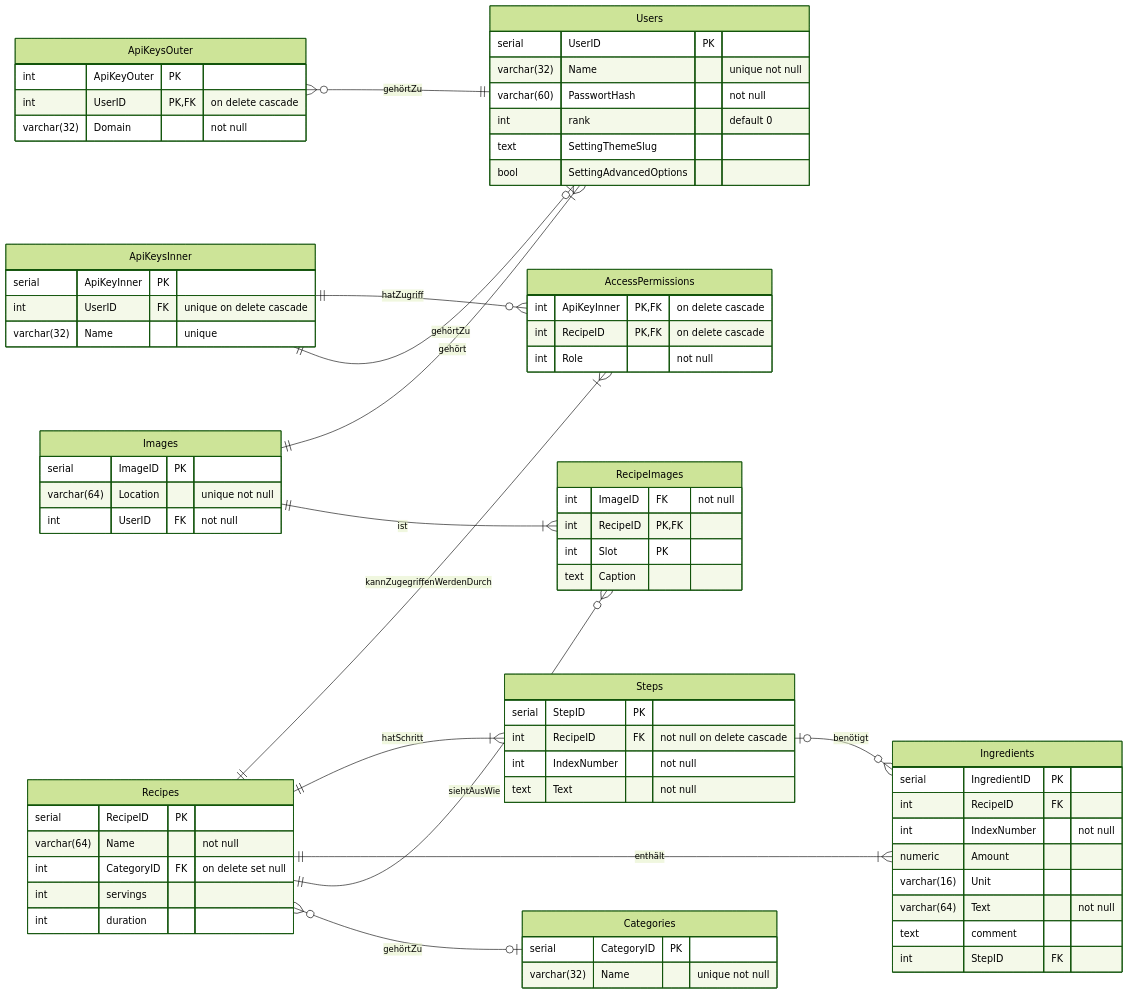
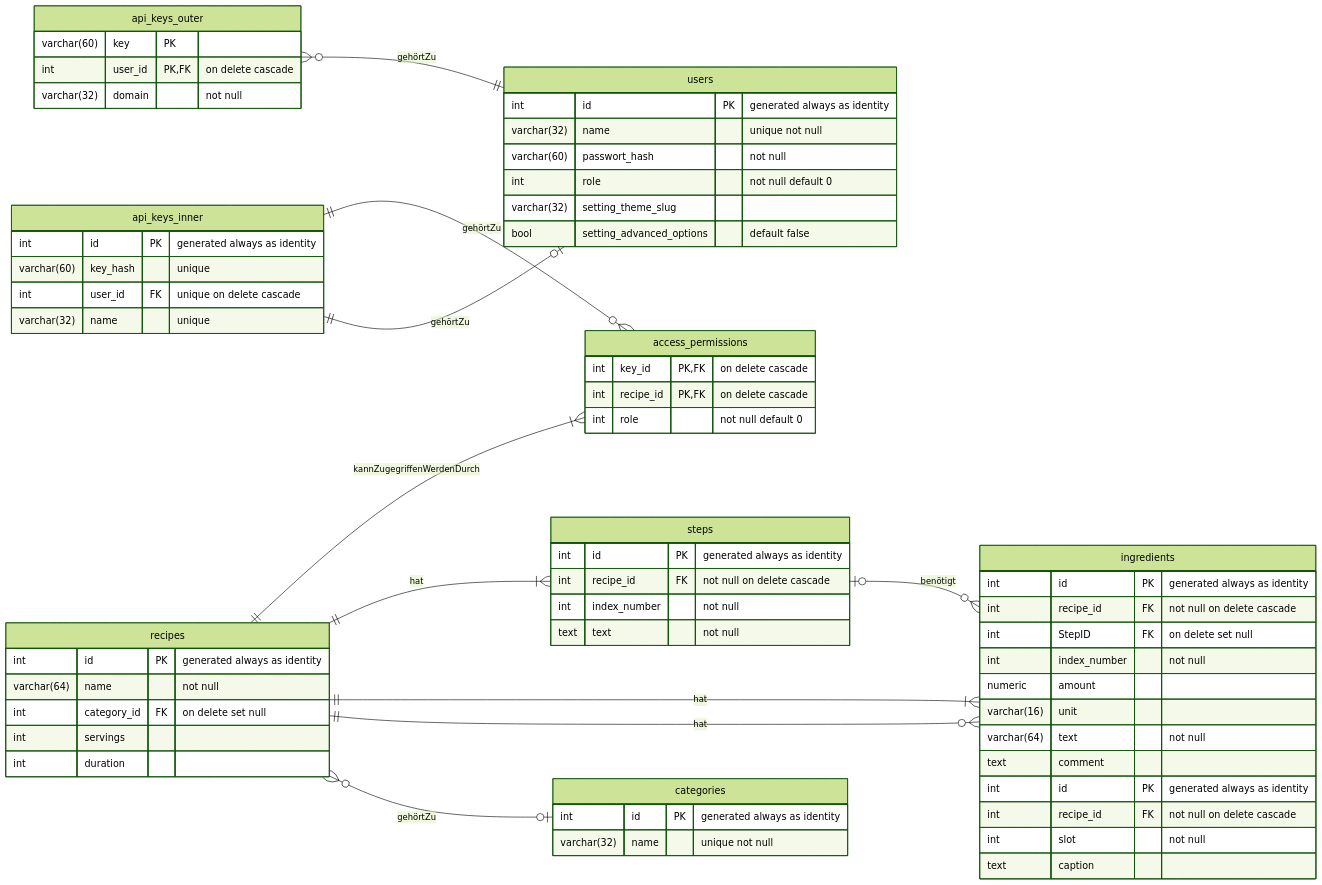
One commit to juve33/kochbuch changed the diagram in planning/db.md. Above: the diagram before and after it, drawn with Mermaid (forest theme).

Commit message:
planning: updated er diagram

````diff
--- a/planning/db.md
+++ b/planning/db.md
@@ -4,86 +4,79 @@
 erDiagram
 direction LR
 
-Users {
-    serial UserID PK
-    varchar(32) Name "unique not null"
-    varchar(60) PasswortHash "not null"
-    int rank "default 0"
-    text SettingThemeSlug
-    bool SettingAdvancedOptions
+u[users] {
+    int id PK "generated always as identity"
+    varchar(32) name "unique not null"
+    varchar(60) passwort_hash "not null"
+    int role "not null default 0"
+    varchar(32) setting_theme_slug
+    bool setting_advanced_options "default false"
 }
 
-Categories {
-    serial CategoryID PK
-    varchar(32) Name "unique not null"
+c[categories] {
+    int id PK "generated always as identity"
+    varchar(32) name "unique not null"
 }
 
-Recipes {
-    serial RecipeID PK
-    varchar(64) Name "not null"
-    int CategoryID FK "on delete set null"
+r[recipes] {
+    int id PK "generated always as identity"
+    varchar(64) name "not null"
+    int category_id FK "on delete set null"
     int servings
     int duration
 }
 
-Steps {
-    serial StepID PK
-    int RecipeID FK "not null on delete cascade"
-    int IndexNumber "not null"
-    text Text "not null"
+s[steps] {
+    int id PK "generated always as identity"
+    int recipe_id FK "not null on delete cascade"
+    int index_number "not null"
+    text text "not null"
 }
 
-Ingredients {
-    serial IngredientID PK
-    int RecipeID FK
-    int IndexNumber "not null"
-    numeric Amount
-    varchar(16) Unit
-    varchar(64) Text "not null"
+i[ingredients] {
+    int id PK "generated always as identity"
+    int recipe_id FK "not null on delete cascade"
+    int StepID FK "on delete set null"
+    int index_number "not null"
+    numeric amount
+    varchar(16) unit
+    varchar(64) text "not null"
     text comment
-    int StepID FK
 }
 
-ApiKeysInner {
-    serial ApiKeyInner PK
-    int UserID FK "unique on delete cascade"
-    varchar(32) Name "unique"
+apii[api_keys_inner] {
+    int id PK "generated always as identity"
+    varchar(60) key_hash "unique"
+    int user_id FK "unique on delete cascade"
+    varchar(32) name "unique"
 }
 
-ApiKeysOuter {
-    int ApiKeyOuter PK
-    int UserID PK, FK "on delete cascade"
-    varchar(32) Domain "not null"
+apio[api_keys_outer] {
+    varchar(60) key PK
+    int user_id PK, FK "on delete cascade"
+    varchar(32) domain "not null"
 }
 
-AccessPermissions {
-    int ApiKeyInner PK, FK "on delete cascade"
-    int RecipeID PK, FK "on delete cascade"
-    int Role "not null"
+a[access_permissions] {
+    int key_id PK, FK "on delete cascade"
+    int recipe_id PK, FK "on delete cascade"
+    int role "not null default 0"
 }
 
-Images {
-    serial ImageID PK
-    varchar(64) Location "unique not null"
-    int UserID FK "not null"
+i[recipe_images] {
+    int id PK "generated always as identity"
+    int recipe_id FK "not null on delete cascade"
+    int slot "not null"
+    text caption
 }
 
-RecipeImages {
-    int ImageID FK "not null"
-    int RecipeID PK, FK
-    int Slot PK
-    text Caption
-}
-
-Recipes }o--o| Categories: gehörtZu
-Images ||--|{ RecipeImages: ist
-Recipes ||--o{ RecipeImages: siehtAusWie
-Images ||--|{ Users: gehört
-Recipes ||--|{ Ingredients: enthält
-Recipes ||--|{ Steps: hatSchritt
-Steps |o--o{ Ingredients: benötigt
-ApiKeysInner ||--o| Users: gehörtZu
-ApiKeysOuter }o--|| Users: gehörtZu
-ApiKeysInner ||--o{ AccessPermissions: hatZugriff
-Recipes ||--|{ AccessPermissions: kannZugegriffenWerdenDurch
+r }o--o| c: gehörtZu
+r ||--o{ i: hat
+r ||--|{ i: hat
+r ||--|{ s: hat
+s |o--o{ i: benötigt
+apii ||--o| u: gehörtZu
+apio }o--|| u: gehörtZu
+apii ||--o{ a: gehörtZu
+r ||--|{ a: kannZugegriffenWerdenDurch
 ```
````
